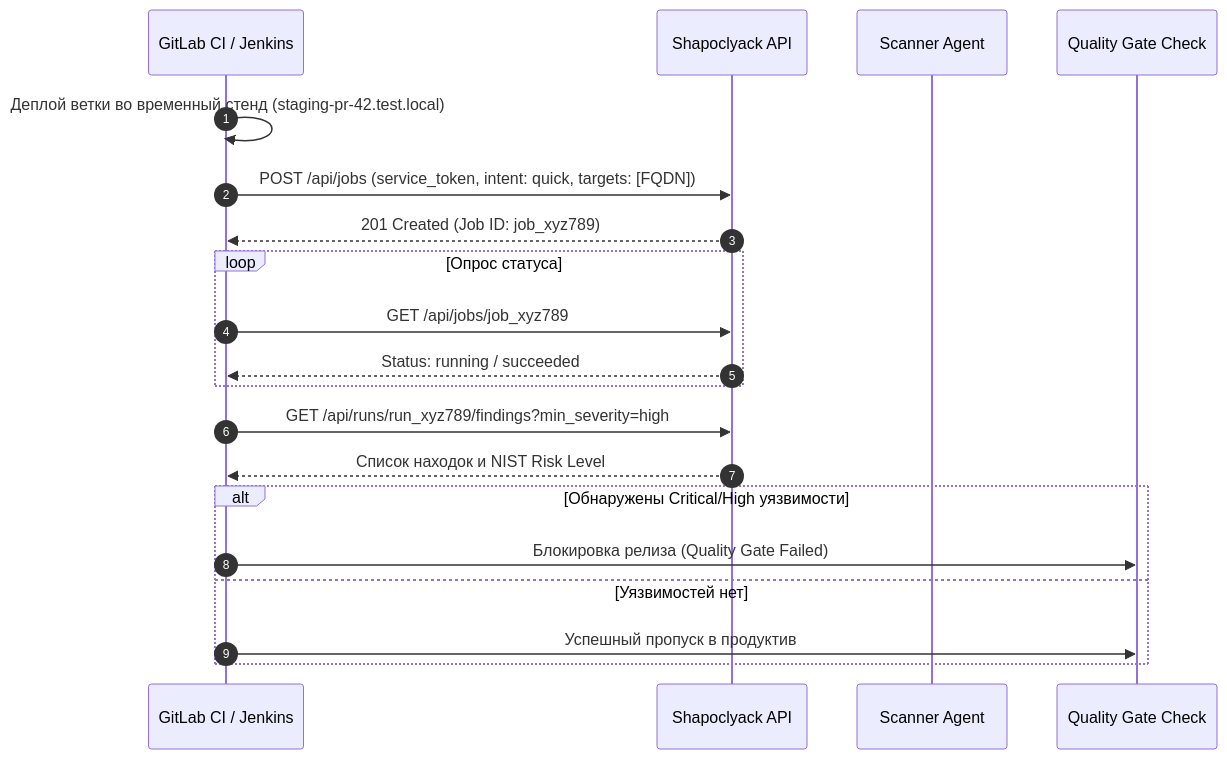
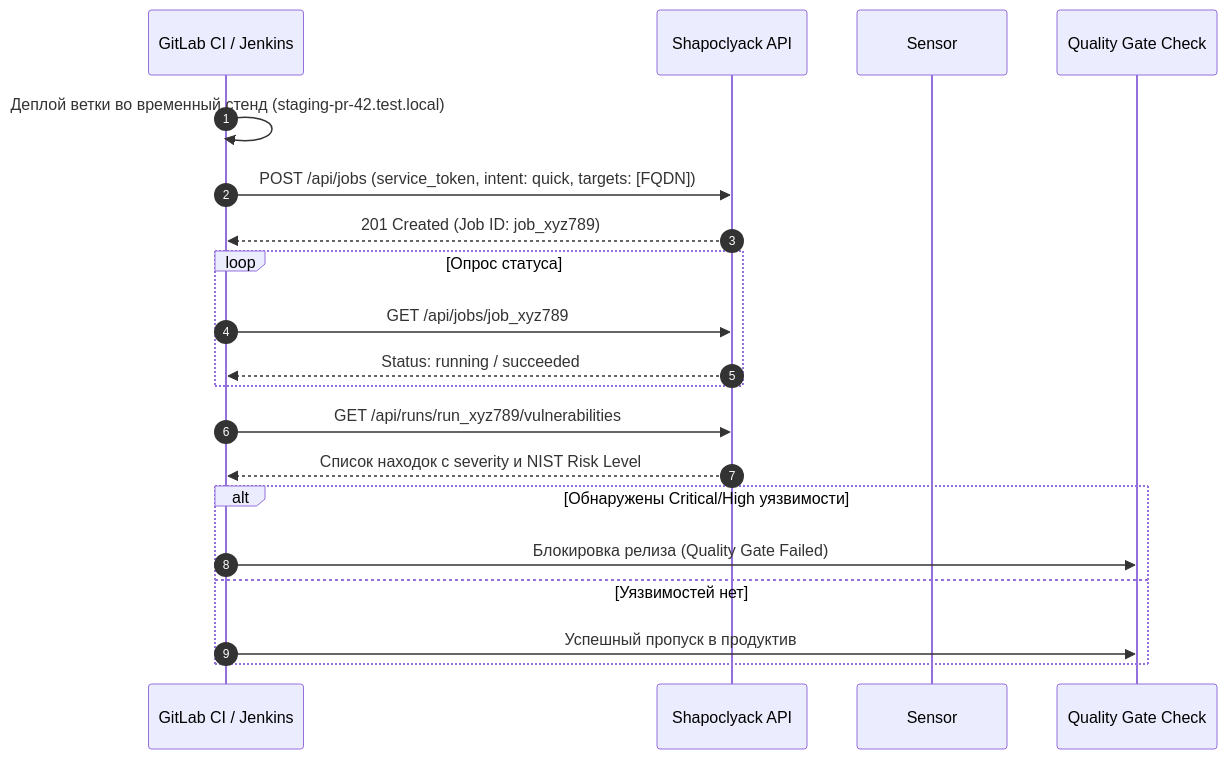
Before and after one commit to onixus/Shapoclyack: the second of 2 diagrams in docs/wiki/scenarios-architect.md, drawn with Mermaid. The commit also changed other lines of this file and 31 other files, not shown here.

````diff
--- a/docs/wiki/scenarios-architect.md
+++ b/docs/wiki/scenarios-architect.md
@@ -152,23 +152,23 @@
 ```mermaid
 sequenceDiagram
     autonumber
     participant CI as GitLab CI / Jenkins
     participant API as Shapoclyack API
-    participant Agent as Scanner Agent
+    participant Sensor as Sensor
     participant Gate as Quality Gate Check
     
     CI->>CI: Деплой ветки во временный стенд (staging-pr-42.test.local)
     CI->>API: POST /api/jobs (service_token, intent: quick, targets: [FQDN])
     API-->>CI: 201 Created (Job ID: job_xyz789)
     loop Опрос статуса
         CI->>API: GET /api/jobs/job_xyz789
         API-->>CI: Status: running / succeeded
     end
-    CI->>API: GET /api/runs/run_xyz789/findings?min_severity=high
-    API-->>CI: Список находок и NIST Risk Level
+    CI->>API: GET /api/runs/run_xyz789/vulnerabilities
+    API-->>CI: Список находок с severity и NIST Risk Level
     alt Обнаружены Critical/High уязвимости
         CI->>Gate: Блокировка релиза (Quality Gate Failed)
     else Уязвимостей нет
         CI->>Gate: Успешный пропуск в продуктив
     end
 ```
````
